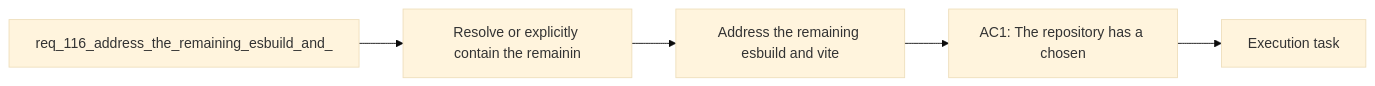
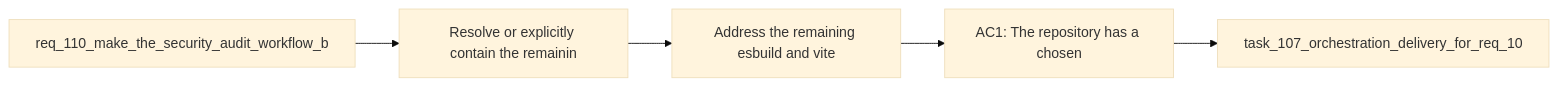
One commit to AlexAgo83/logics-manager changed the diagram in logics/backlog/item_203_address_the_remaining_esbuild_and_vite_audit_advisory_in_the_toolchain.md. Above: the diagram before and after it, drawn with Mermaid (base theme). The commit also changed other lines of this file and 481 other files, not shown here.

````diff
--- a/logics/backlog/item_203_address_the_remaining_esbuild_and_vite_audit_advisory_in_the_toolchain.md
+++ b/logics/backlog/item_203_address_the_remaining_esbuild_and_vite_audit_advisory_in_the_toolchain.md
@@ -23,9 +23,9 @@
 ```mermaid
 %% logics-kind: backlog
 %% logics-signature: backlog|address-the-remaining-esbuild-and-vite-a|req-110-make-the-security-audit-workflow|resolve-or-explicitly-contain-the-remain|ac1-the-repository-has-a-chosen
 flowchart LR
-    Request[req_116_address_the_remaining_esbuild_and_] --> Problem[Resolve or explicitly contain the remainin]
+    Request[req_110_make_the_security_audit_workflow_b] --> Problem[Resolve or explicitly contain the remainin]
     Problem --> Scope[Address the remaining esbuild and vite]
     Scope --> Acceptance[AC1: The repository has a chosen]
-    Acceptance --> Tasks[Execution task]
+    Acceptance --> Tasks[task_107_orchestration_delivery_for_req_10]
 ```
````
